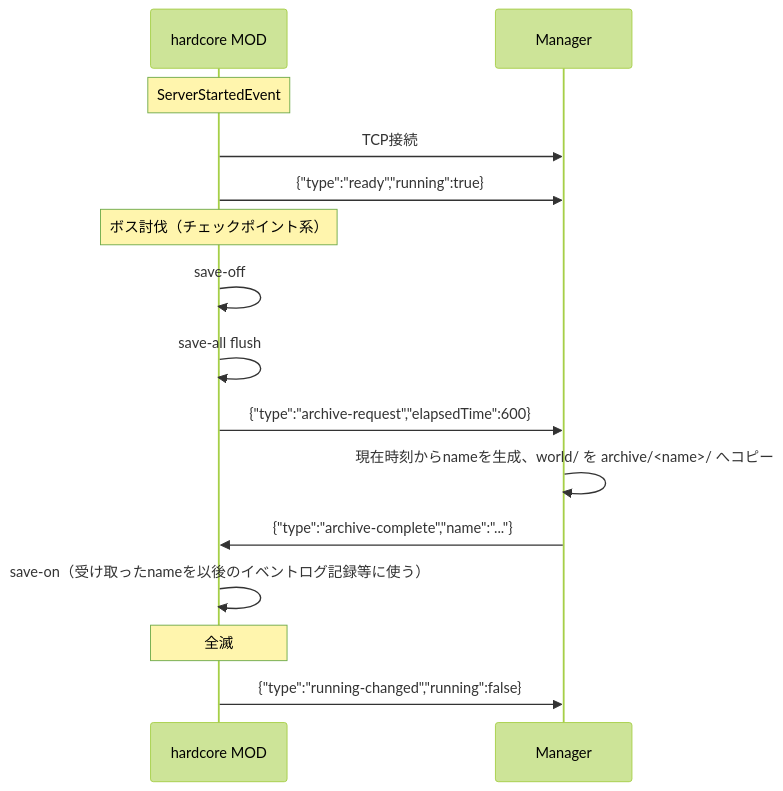
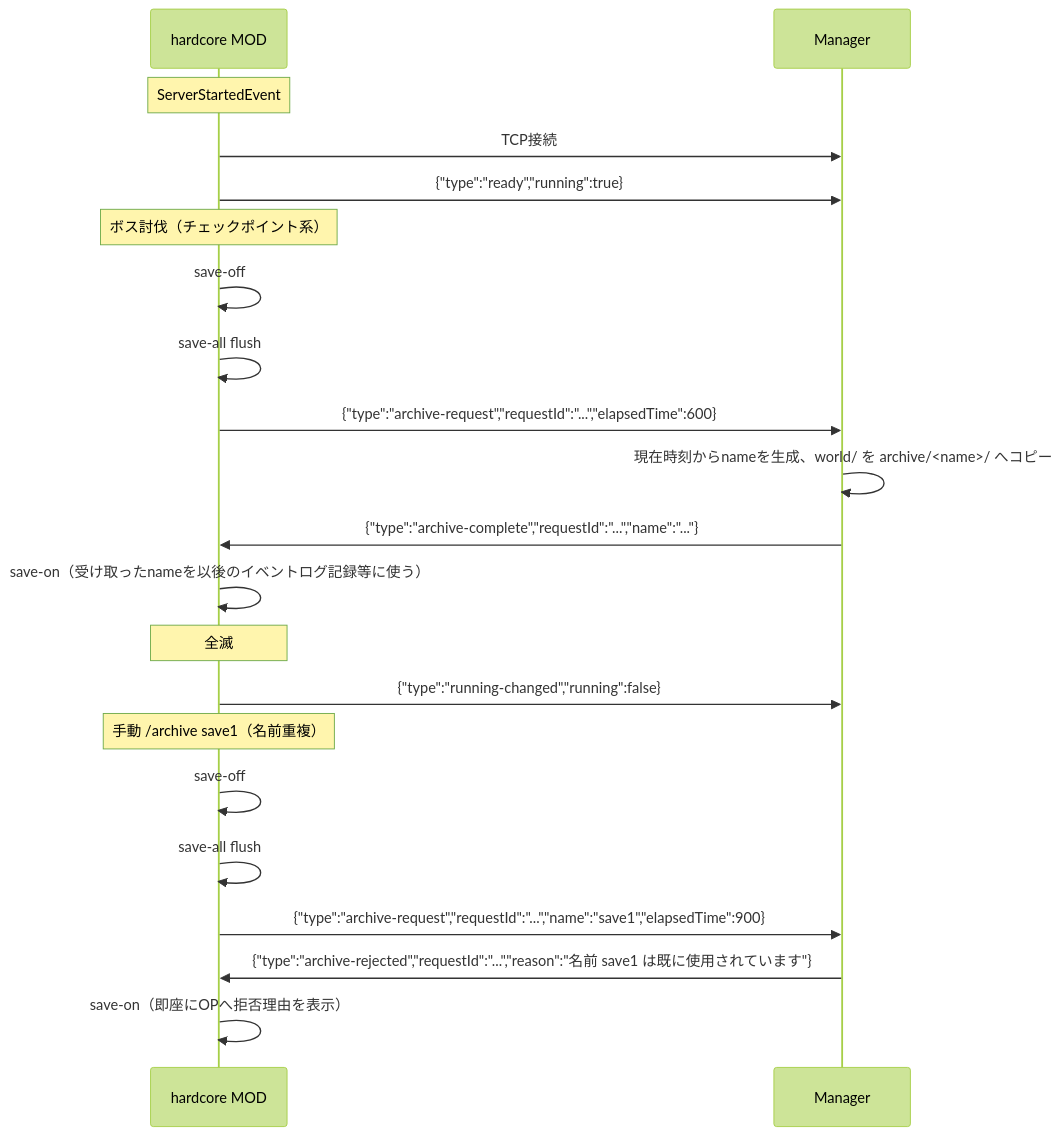
One commit to RayLight1732/hardcore-together-manager changed the diagram in docs/protocol-mod-manager.md. Above: the diagram before and after it, drawn with Mermaid (forest theme). The commit also changed other lines of this file and 3 other files, not shown here.

````diff
--- a/docs/protocol-mod-manager.md
+++ b/docs/protocol-mod-manager.md
@@ -116,20 +140,27 @@
 ```mermaid
 sequenceDiagram
     participant MOD as hardcore MOD
     participant MGR as Manager
 
     Note over MOD: ServerStartedEvent
     MOD->>MGR: TCP接続
     MOD->>MGR: {"type":"ready","running":true}
 
     Note over MOD: ボス討伐（チェックポイント系）
     MOD->>MOD: save-off
     MOD->>MOD: save-all flush
-    MOD->>MGR: {"type":"archive-request","elapsedTime":600}
+    MOD->>MGR: {"type":"archive-request","requestId":"...","elapsedTime":600}
     MGR->>MGR: 現在時刻からnameを生成、world/ を archive/<name>/ へコピー
-    MGR->>MOD: {"type":"archive-complete","name":"..."}
+    MGR->>MOD: {"type":"archive-complete","requestId":"...","name":"..."}
     MOD->>MOD: save-on（受け取ったnameを以後のイベントログ記録等に使う）
 
     Note over MOD: 全滅
     MOD->>MGR: {"type":"running-changed","running":false}
+
+    Note over MOD: 手動 /archive save1（名前重複）
+    MOD->>MOD: save-off
+    MOD->>MOD: save-all flush
+    MOD->>MGR: {"type":"archive-request","requestId":"...","name":"save1","elapsedTime":900}
+    MGR->>MOD: {"type":"archive-rejected","requestId":"...","reason":"名前 save1 は既に使用されています"}
+    MOD->>MOD: save-on（即座にOPへ拒否理由を表示）
 ```
````
